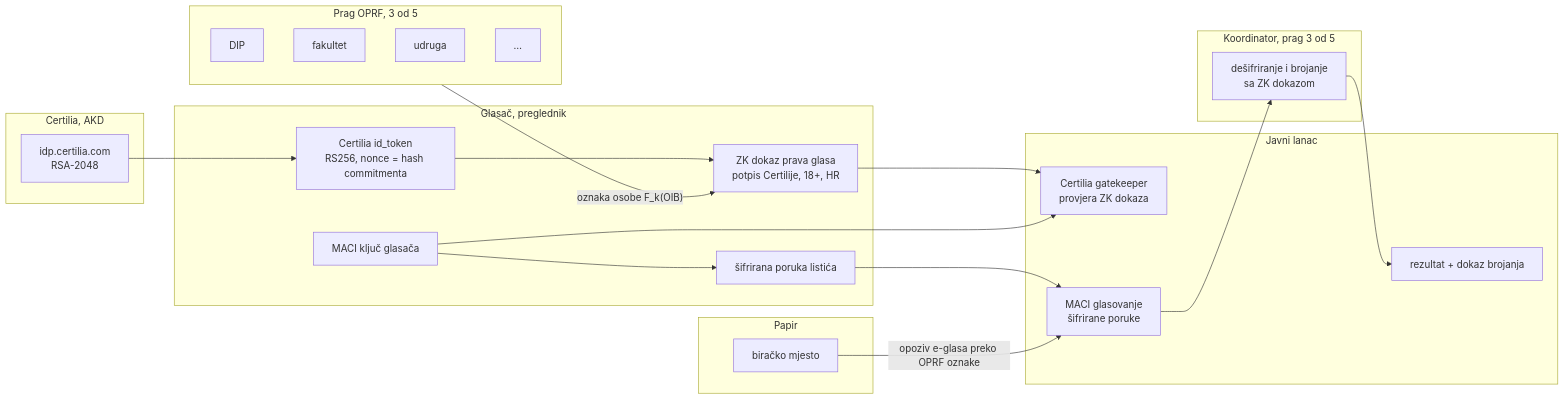
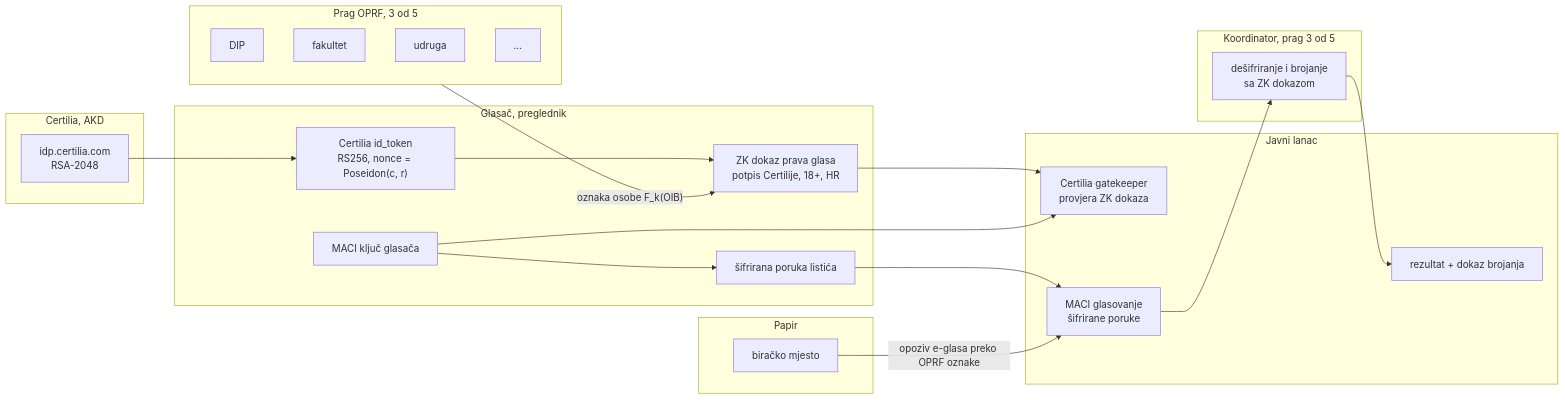
The first of 5 diagrams in docs/2026-10-08-opci-model-glasovanja.md (stepanic/stadion-maksimir-natjecaj-2026), drawn with Mermaid before and after one commit. The commit also changed other lines of this file and 2 other files, not shown here.

````diff
--- a/docs/2026-10-08-opci-model-glasovanja.md
+++ b/docs/2026-10-08-opci-model-glasovanja.md
@@ -126,39 +126,39 @@
 ```mermaid
 flowchart LR
   subgraph G["Glasač, preglednik"]
-    T["Certilia id_token<br/>RS256, nonce = hash commitmenta"]
+    T["Certilia id_token<br/>RS256, nonce = Poseidon(c, r)"]
     ZP["ZK dokaz prava glasa<br/>potpis Certilije, 18+, HR"]
     K["MACI ključ glasača"]
     L["šifrirana poruka listića"]
   end
   subgraph I["Certilia, AKD"]
     IDP["idp.certilia.com<br/>RSA-2048"]
   end
   subgraph O["Prag OPRF, 3 od 5"]
     O1["DIP"]
     O2["fakultet"]
     O3["udruga"]
     O4["…"]
   end
   subgraph C["Javni lanac"]
     GK["Certilia gatekeeper<br/>provjera ZK dokaza"]
     M["MACI glasovanje<br/>šifrirane poruke"]
     R["rezultat + dokaz brojanja"]
   end
   subgraph K2["Koordinator, prag 3 od 5"]
     TC["dešifriranje i brojanje<br/>sa ZK dokazom"]
   end
   subgraph P["Papir"]
     BM["biračko mjesto"]
   end
   IDP --> T
   T --> ZP
   O -- "oznaka osobe F_k(OIB)" --> ZP
   ZP --> GK
   K --> GK
   K --> L
   L --> M
   M --> TC
   TC --> R
   BM -- "opoziv e-glasa preko OPRF oznake" --> M
 ```
````
